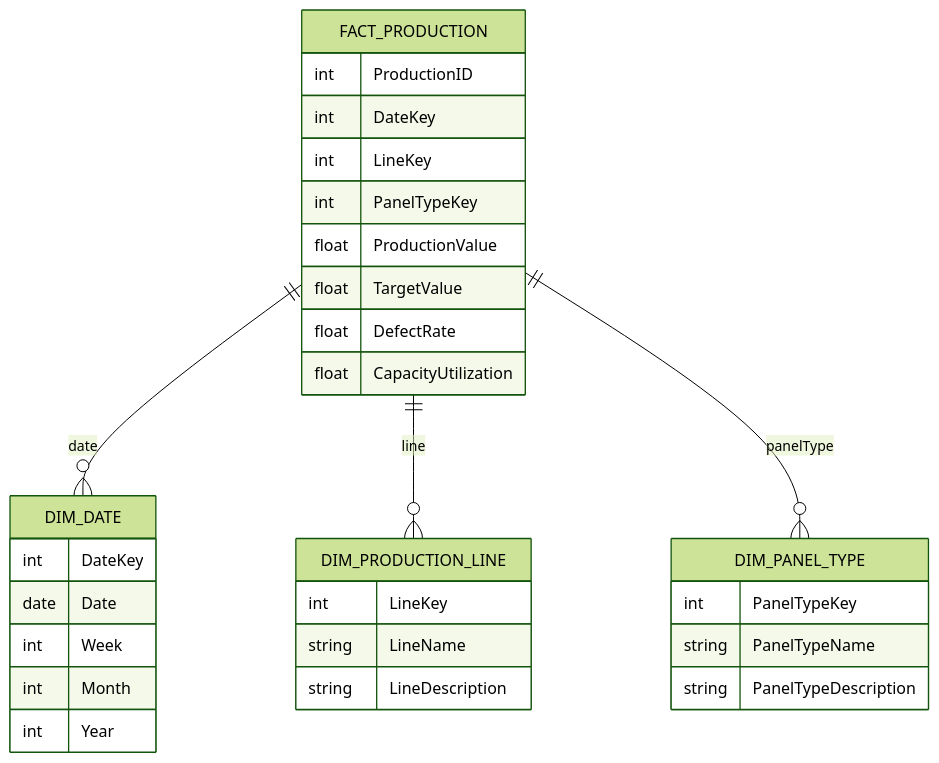
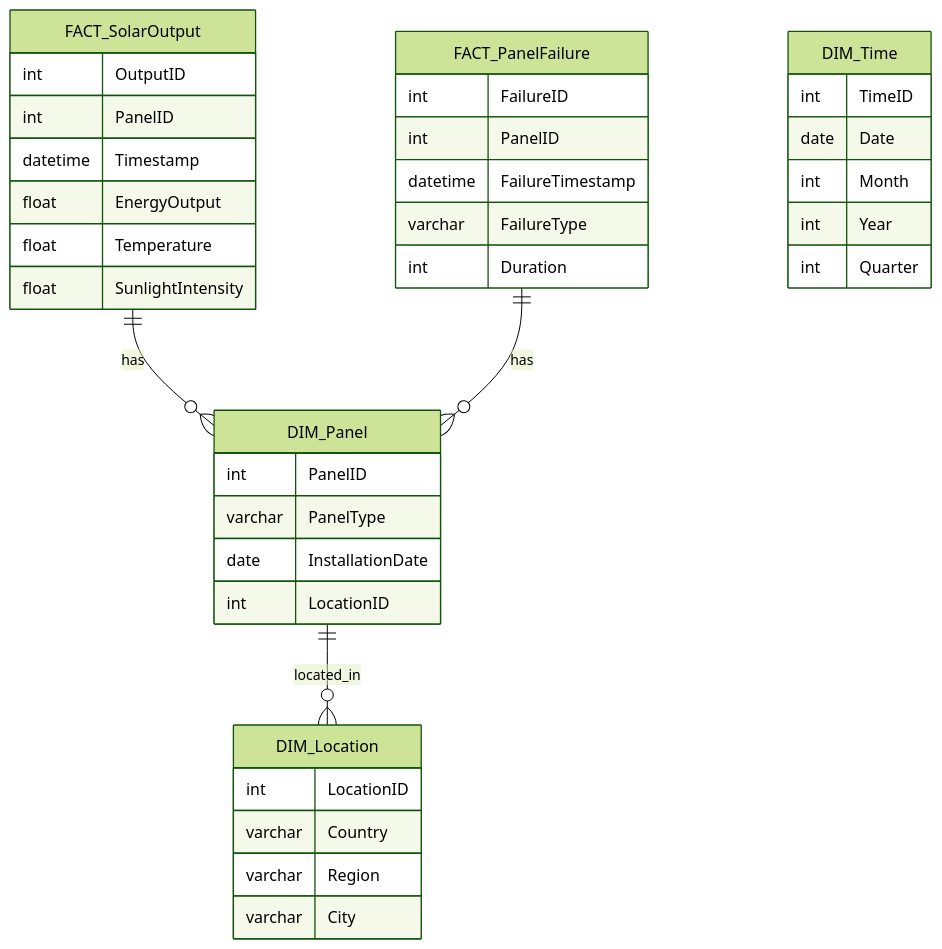
One commit to selin-k/bi_report_project changed the diagram in docs/data_model.md. Above: the diagram before and after it, drawn with Mermaid (forest theme). The commit also changed other lines of this file and 16 other files, not shown here.

````diff
--- a/docs/data_model.md
+++ b/docs/data_model.md
@@ -24,33 +25,40 @@
 ```mermaid
     erDiagram
-        FACT_PRODUCTION ||--o{ DIM_DATE : date
-        FACT_PRODUCTION ||--o{ DIM_PRODUCTION_LINE : line
-        FACT_PRODUCTION ||--o{ DIM_PANEL_TYPE : panelType
-        DIM_DATE {
-            int DateKey
+        FACT_SolarOutput ||--o{ DIM_Panel : has
+        FACT_SolarOutput {
+            int OutputID
+            int PanelID
+            datetime Timestamp
+            float EnergyOutput
+            float Temperature
+            float SunlightIntensity
+        }
+        FACT_PanelFailure ||--o{ DIM_Panel : has
+        FACT_PanelFailure {
+            int FailureID
+            int PanelID
+            datetime FailureTimestamp
+            varchar FailureType
+            int Duration
+        }
+        DIM_Panel ||--o{ DIM_Location : located_in
+        DIM_Panel {
+            int PanelID
+            varchar PanelType
+            date InstallationDate
+            int LocationID
+        }
+        DIM_Location {
+            int LocationID
+            varchar Country
+            varchar Region
+            varchar City
+        }
+        DIM_Time {
+            int TimeID
             date Date
-            int Week
             int Month
             int Year
-        }
-        DIM_PRODUCTION_LINE {
-            int LineKey
-            string LineName
-            string LineDescription
-        }
-        DIM_PANEL_TYPE {
-            int PanelTypeKey
-            string PanelTypeName
-            string PanelTypeDescription
-        }
-        FACT_PRODUCTION {
-            int ProductionID
-            int DateKey
-            int LineKey
-            int PanelTypeKey
-            float ProductionValue
-            float TargetValue
-            float DefectRate
-            float CapacityUtilization
+            int Quarter
         }
 ```
````
